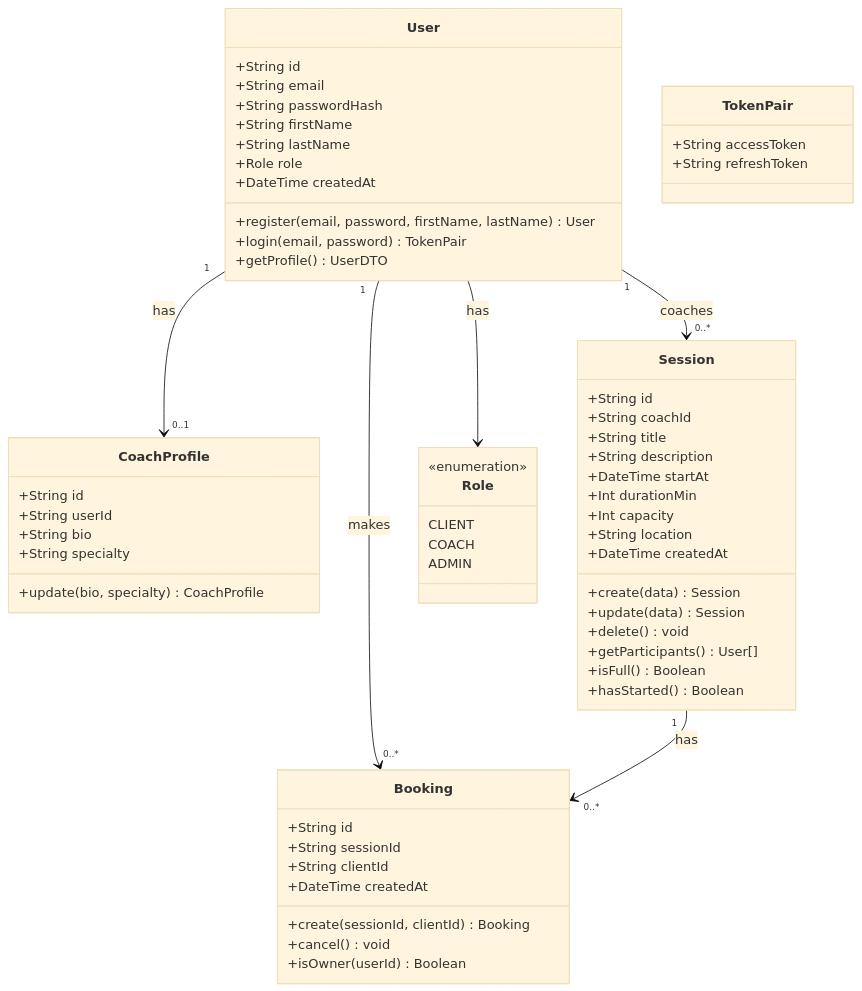
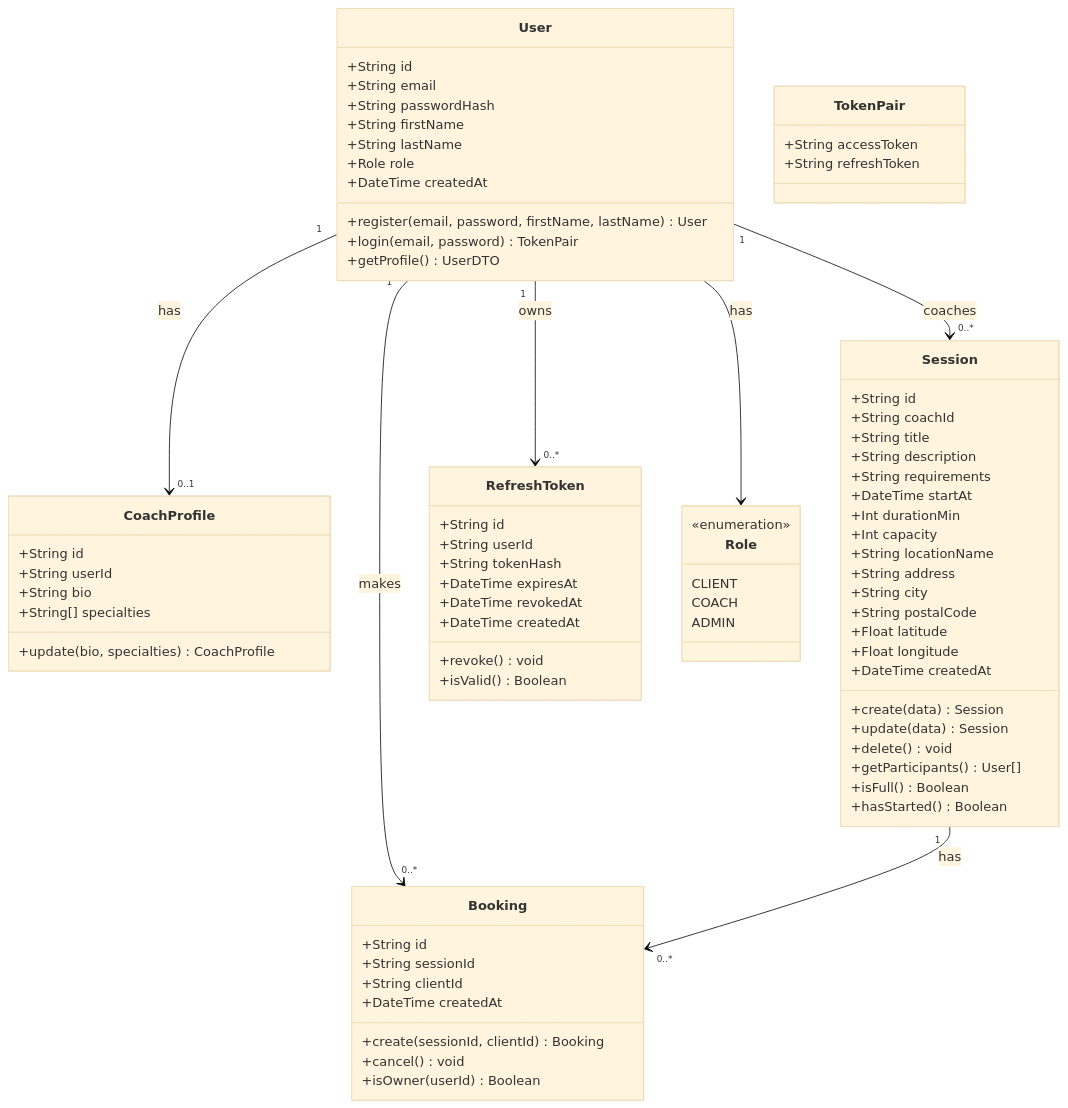
One commit to BenCDA/SportifyForEach changed the diagram in docs/04-class-diagram.md. Above: the diagram before and after it, drawn with Mermaid (base theme). The commit also changed other lines of this file and 4 other files, not shown here.

First line of the commit message:
docs: update SQL script, class diagram and MCD to match current schema

````diff
--- a/docs/04-class-diagram.md
+++ b/docs/04-class-diagram.md
@@ -19,8 +19,8 @@
         +String id
         +String userId
         +String bio
-        +String specialty
-        +update(bio, specialty) CoachProfile
+        +String[] specialties
+        +update(bio, specialties) CoachProfile
     }
 
     class Session {
@@ -28,10 +28,16 @@
         +String coachId
         +String title
         +String description
+        +String requirements
         +DateTime startAt
         +Int durationMin
         +Int capacity
-        +String location
+        +String locationName
+        +String address
+        +String city
+        +String postalCode
+        +Float latitude
+        +Float longitude
         +DateTime createdAt
         +create(data) Session
         +update(data) Session
@@ -51,6 +57,17 @@
         +isOwner(userId) Boolean
     }
 
+    class RefreshToken {
+        +String id
+        +String userId
+        +String tokenHash
+        +DateTime expiresAt
+        +DateTime revokedAt
+        +DateTime createdAt
+        +revoke() void
+        +isValid() Boolean
+    }
+
     class TokenPair {
         +String accessToken
         +String refreshToken
@@ -66,6 +83,7 @@
     User "1" --> "0..1" CoachProfile : has
     User "1" --> "0..*" Session : coaches
     User "1" --> "0..*" Booking : makes
+    User "1" --> "0..*" RefreshToken : owns
     Session "1" --> "0..*" Booking : has
     User --> Role : has
 ```
````
